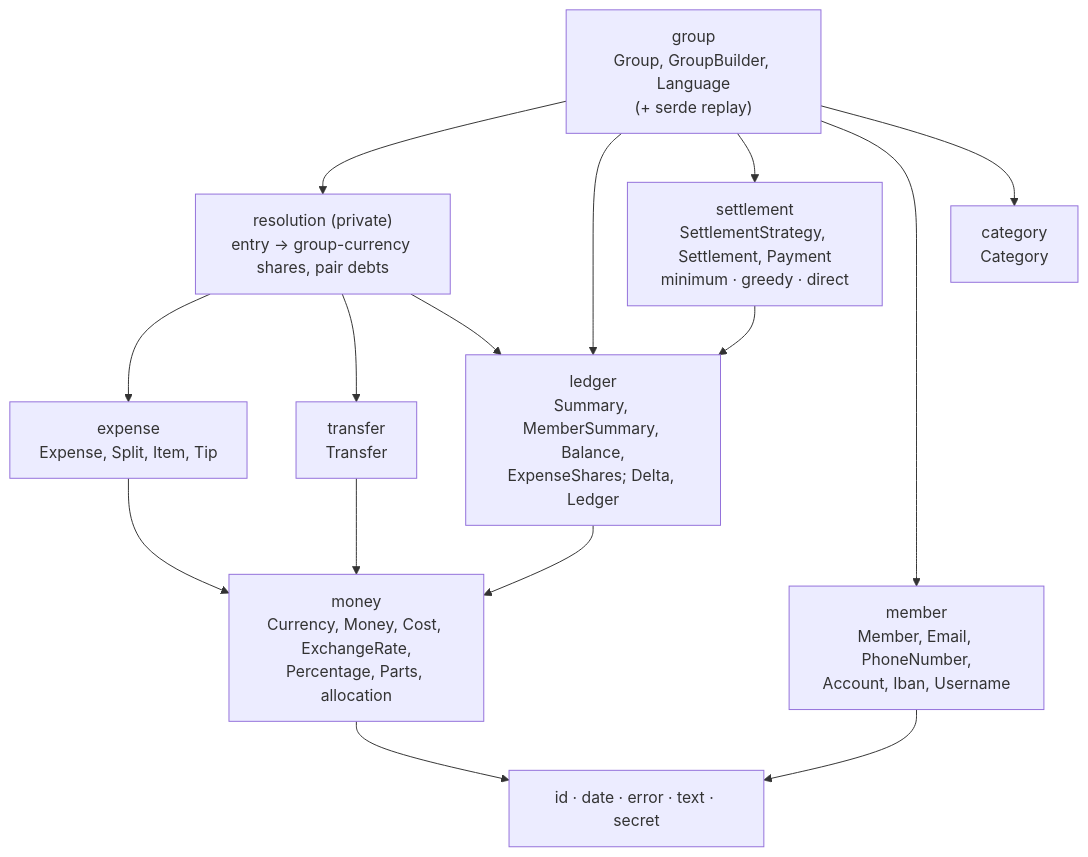
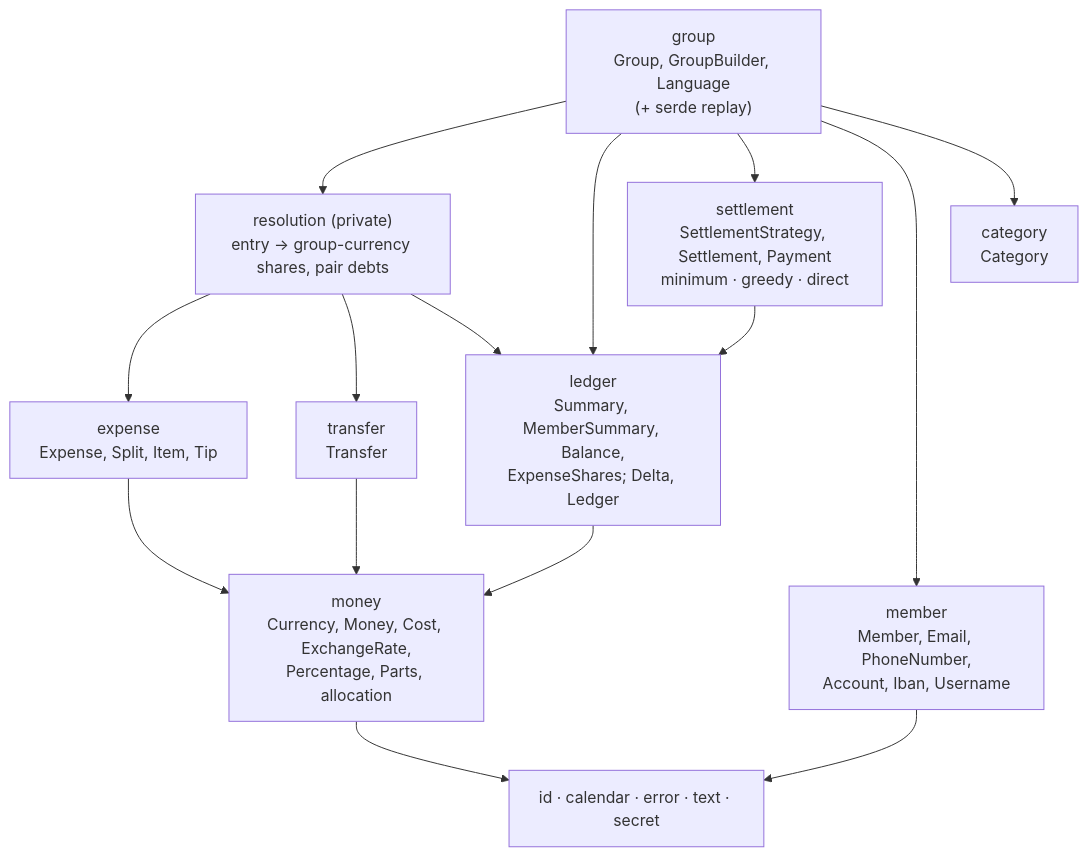
The first of 2 diagrams in docs/ARCHITECTURE.md (cristiancristea00/eranos), drawn with Mermaid before and after one commit. The commit also changed other lines of this file and 30 other files, not shown here.

````diff
--- a/docs/ARCHITECTURE.md
+++ b/docs/ARCHITECTURE.md
@@ -55,27 +55,27 @@
 ```mermaid
 flowchart TD
     GROUP["group<br/>Group, GroupBuilder, Language<br/>(+ serde replay)"]
     RESOLUTION["resolution (private)<br/>entry → group-currency shares, pair debts"]
     LEDGER["ledger<br/>Summary, MemberSummary, Balance,<br/>ExpenseShares; Delta, Ledger"]
     SETTLEMENT["settlement<br/>SettlementStrategy, Settlement, Payment<br/>minimum · greedy · direct"]
     EXPENSE["expense<br/>Expense, Split, Item, Tip"]
     TRANSFER["transfer<br/>Transfer"]
     MEMBER["member<br/>Member, Email, PhoneNumber,<br/>Account, Iban, Username"]
     CATEGORY["category<br/>Category"]
     MONEY["money<br/>Currency, Money, Cost, ExchangeRate,<br/>Percentage, Parts, allocation"]
-    BASE["id · date · error · text · secret"]
+    BASE["id · calendar · error · text · secret"]
     GROUP --> RESOLUTION
     GROUP --> LEDGER
     GROUP --> SETTLEMENT
     GROUP --> MEMBER
     GROUP --> CATEGORY
     RESOLUTION --> EXPENSE
     RESOLUTION --> TRANSFER
     RESOLUTION --> LEDGER
     SETTLEMENT --> LEDGER
     EXPENSE --> MONEY
     TRANSFER --> MONEY
     LEDGER --> MONEY
     MONEY --> BASE
     MEMBER --> BASE
 ```
````
